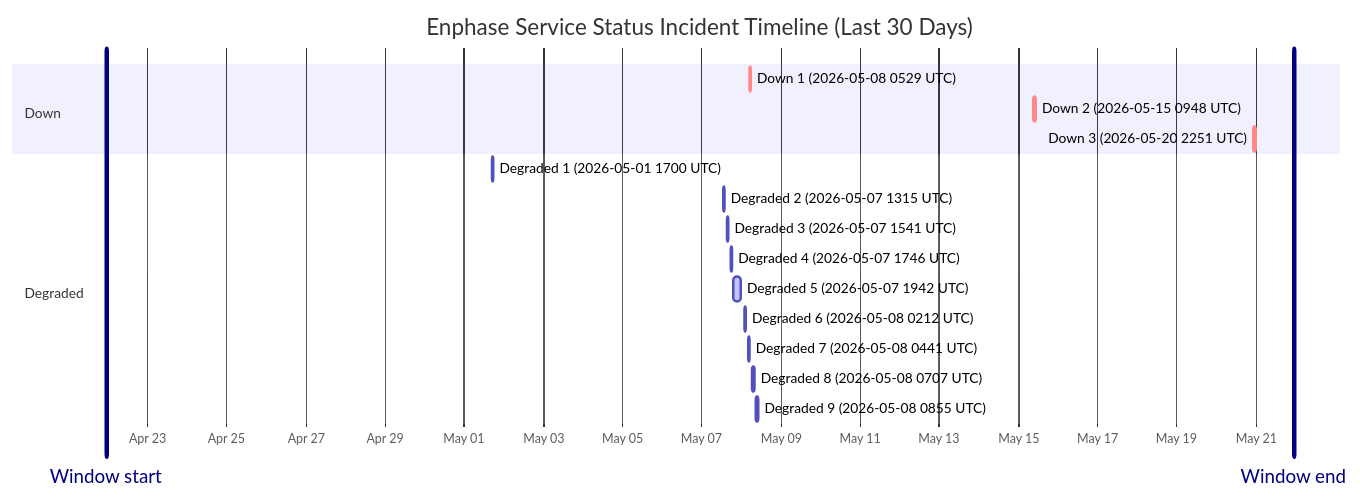
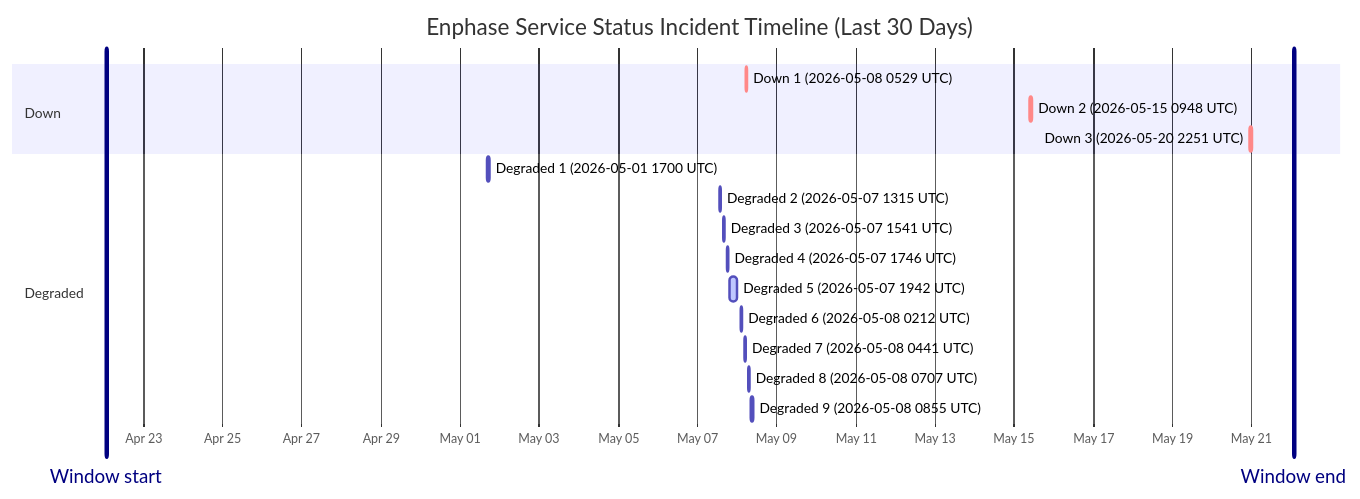
Before and after one commit to barneyonline/ha-enphase-ev-charger: the diagram in wiki/Service-Status-History.md, drawn with Mermaid. The commit also changed other lines of this file and 3 other files, not shown here.

````diff
--- a/wiki/Service-Status-History.md
+++ b/wiki/Service-Status-History.md
@@ -14,22 +14,22 @@
 ```mermaid
 gantt
     title Enphase Service Status Incident Timeline (Last 30 Days)
     dateFormat  YYYY-MM-DDTHH:mm:ss
     axisFormat  %b %d
-    Window start :vert, window-start, 2026-04-21T23:04:28, 0ms
-    Window end :vert, window-end, 2026-05-21T23:04:28, 0ms
+    Window start :vert, window-start, 2026-04-22T01:28:22, 0ms
+    Window end :vert, window-end, 2026-05-22T01:28:22, 0ms
     section Down
     Down 1 (2026-05-08 0529 UTC) :crit, down-1, 2026-05-08T05:29:47, 60m
     Down 2 (2026-05-15 0948 UTC) :crit, down-2, 2026-05-15T09:48:18, 60m
     Down 3 (2026-05-20 2251 UTC) :crit, down-3, 2026-05-20T22:51:14, 75m
     section Degraded
     Degraded 1 (2026-05-01 1700 UTC) :active, degraded-1, 2026-05-01T17:00:22, 60m
     Degraded 2 (2026-05-07 1315 UTC) :active, degraded-2, 2026-05-07T13:15:25, 60m
     Degraded 3 (2026-05-07 1541 UTC) :active, degraded-3, 2026-05-07T15:41:58, 60m
     Degraded 4 (2026-05-07 1746 UTC) :active, degraded-4, 2026-05-07T17:46:51, 60m
     Degraded 5 (2026-05-07 1942 UTC) :active, degraded-5, 2026-05-07T19:42:10, 249m
     Degraded 6 (2026-05-08 0212 UTC) :active, degraded-6, 2026-05-08T02:12:39, 60m
     Degraded 7 (2026-05-08 0441 UTC) :active, degraded-7, 2026-05-08T04:41:46, 60m
     Degraded 8 (2026-05-08 0707 UTC) :active, degraded-8, 2026-05-08T07:07:30, 60m
     Degraded 9 (2026-05-08 0855 UTC) :active, degraded-9, 2026-05-08T08:55:20, 88m
 ```
````
